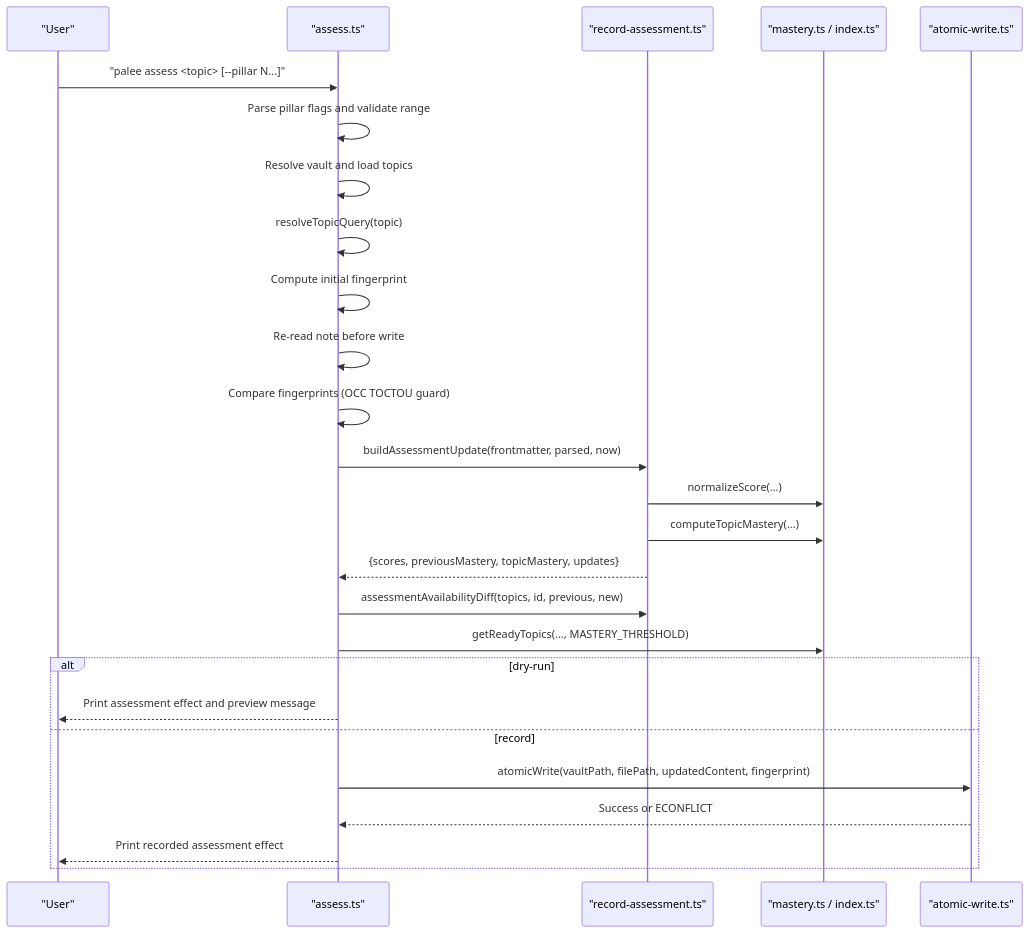
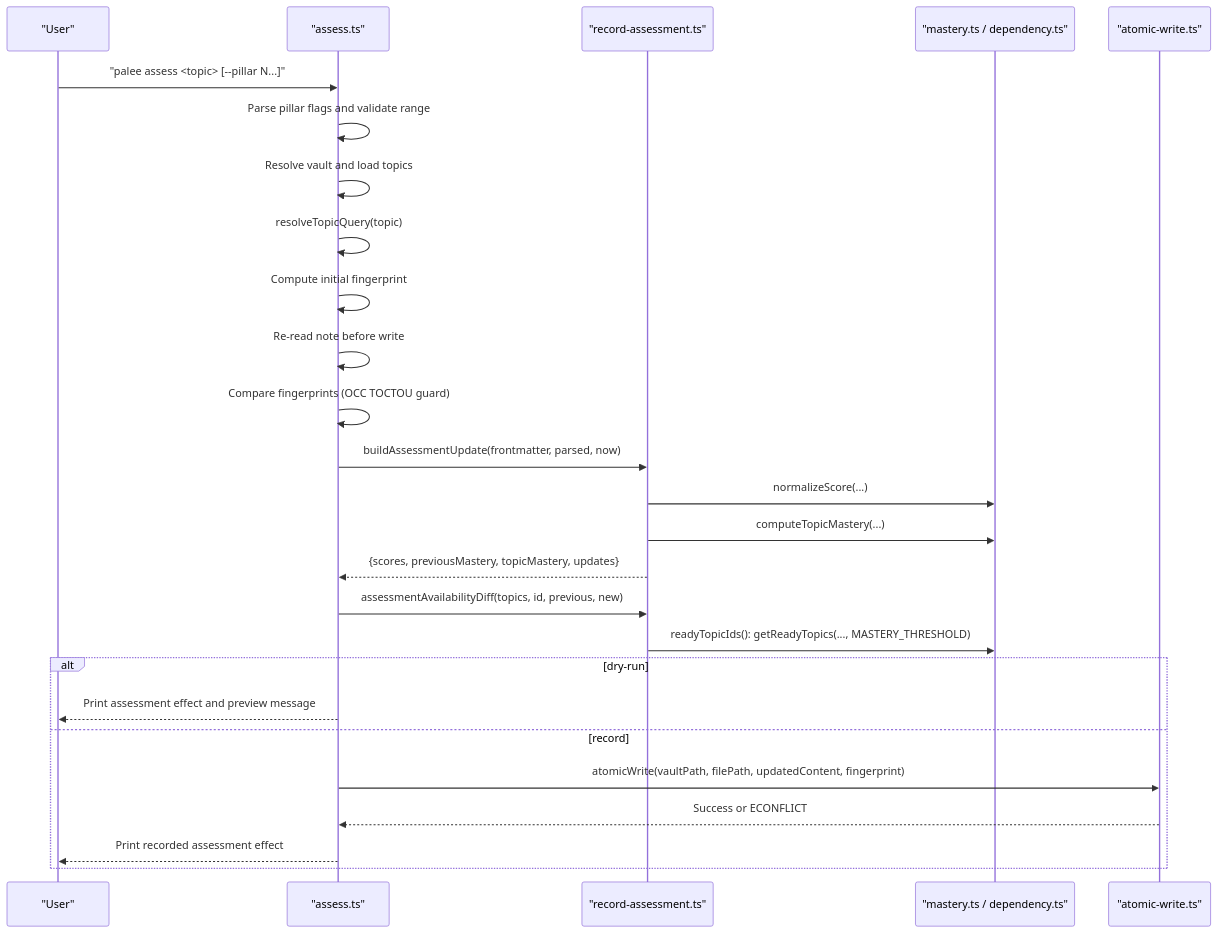
Before and after one commit to Kuldeep2822k/palee-architecture: the second of 8 diagrams in Application Layer/Assessment Recording Workflow.md, drawn with Mermaid. The commit also changed other lines of this file and 6 other files, not shown here.

Commit message:
docs(application): remove phantom engine-index layer, fix mastery and readiness claims

````diff
--- a/Application Layer/Assessment Recording Workflow.md
+++ b/Application Layer/Assessment Recording Workflow.md
@@ -86,29 +86,29 @@
 ```mermaid
 sequenceDiagram
     participant User as "User"
     participant CLI as "assess.ts"
     participant App as "record-assessment.ts"
-    participant Engine as "mastery.ts / index.ts"
+    participant Engine as "mastery.ts / dependency.ts"
     participant Store as "atomic-write.ts"
 
     User->>CLI: "palee assess <topic> [--pillar N...]"
     CLI->>CLI: Parse pillar flags and validate range
     CLI->>CLI: Resolve vault and load topics
     CLI->>CLI: resolveTopicQuery(topic)
     CLI->>CLI: Compute initial fingerprint
     CLI->>CLI: Re-read note before write
     CLI->>CLI: Compare fingerprints (OCC TOCTOU guard)
     CLI->>App: buildAssessmentUpdate(frontmatter, parsed, now)
     App->>Engine: normalizeScore(...)
     App->>Engine: computeTopicMastery(...)
     App-->>CLI: {scores, previousMastery, topicMastery, updates}
     CLI->>App: assessmentAvailabilityDiff(topics, id, previous, new)
-    CLI->>Engine: getReadyTopics(..., MASTERY_THRESHOLD)
+    App->>Engine: readyTopicIds(): getReadyTopics(..., MASTERY_THRESHOLD)
     alt dry-run
         CLI-->>User: Print assessment effect and preview message
     else record
         CLI->>Store: atomicWrite(vaultPath, filePath, updatedContent, fingerprint)
         Store-->>CLI: Success or ECONFLICT
         CLI-->>User: Print recorded assessment effect
     end
 ```
````
